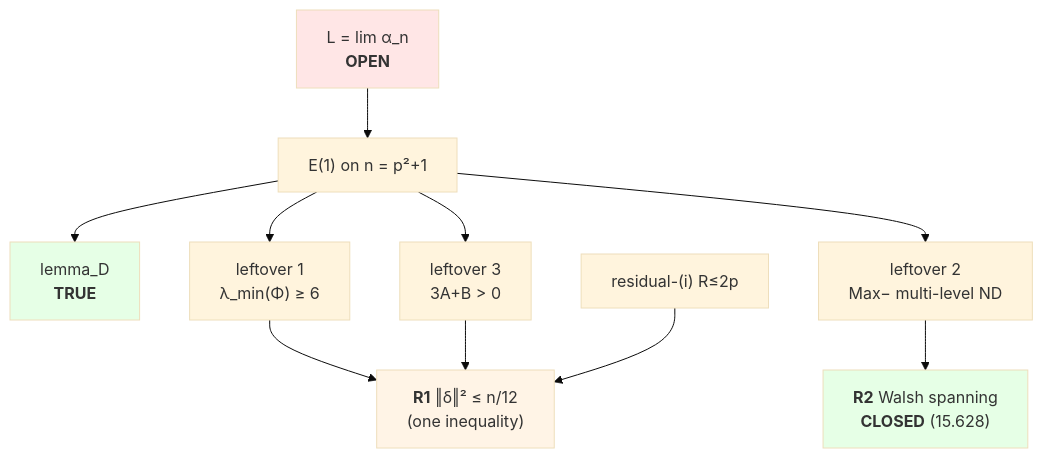
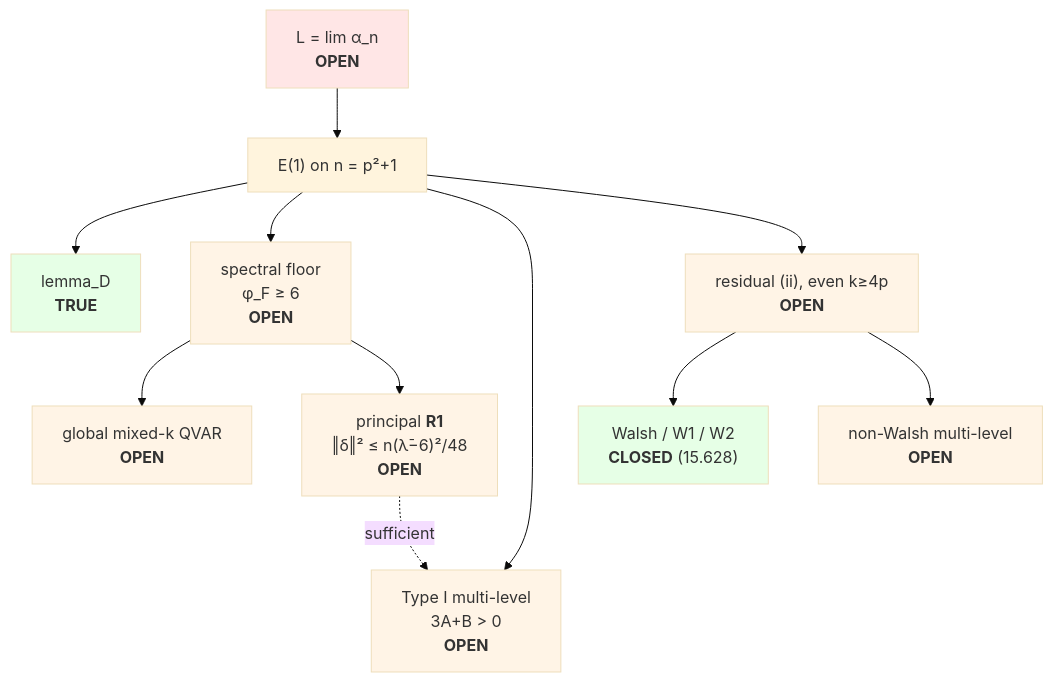
Before and after one commit to luckyseoul/quadratic-minmax-limit: the diagram in README.md, drawn with Mermaid (base theme). The commit also changed other lines of this file, not shown here.

````diff
--- a/README.md
+++ b/README.md
@@ -53,16 +60,22 @@
 ```mermaid
 graph TD
     L["L = lim α_n<br/><b>OPEN</b>"] --> E1["E(1) on n = p²+1"]
     E1 --> D["lemma_D<br/><b>TRUE</b>"]
-    E1 --> L1["leftover 1<br/>λ_min(Φ) ≥ 6"]
-    E1 --> L2["leftover 2<br/>Max− multi-level ND"]
-    E1 --> L3["leftover 3<br/>3A+B > 0"]
-    L1 --> R1["<b>R1</b> ‖δ‖² ≤ n/12<br/>(one inequality)"]
-    L3 --> R1
-    RI["residual-(i) R≤2p"] --> R1
-    L2 --> R2["<b>R2</b> Walsh spanning<br/><b>CLOSED</b> (15.628)"]
+    E1 --> FLOOR["spectral floor<br/>φ_F ≥ 6<br/><b>OPEN</b>"]
+    FLOOR --> QVAR["global mixed-k QVAR<br/><b>OPEN</b>"]
+    FLOOR --> R1["principal <b>R1</b><br/>‖δ‖² ≤ n(λ̄−6)²/48<br/><b>OPEN</b>"]
+    E1 --> TYPEI["Type I multi-level<br/>3A+B > 0<br/><b>OPEN</b>"]
+    R1 -. sufficient .-> TYPEI
+    E1 --> RES["residual (ii), even k≥4p<br/><b>OPEN</b>"]
+    RES --> WALSH["Walsh / W1 / W2<br/><b>CLOSED</b> (15.628)"]
+    RES --> MULTI["non-Walsh multi-level<br/><b>OPEN</b>"]
     style L fill:#ffe6e6
     style D fill:#e6ffe6
+    style FLOOR fill:#fff4e6
+    style QVAR fill:#fff4e6
     style R1 fill:#fff4e6
-    style R2 fill:#e6ffe6
+    style TYPEI fill:#fff4e6
+    style RES fill:#fff4e6
+    style WALSH fill:#e6ffe6
+    style MULTI fill:#fff4e6
 ```
````
